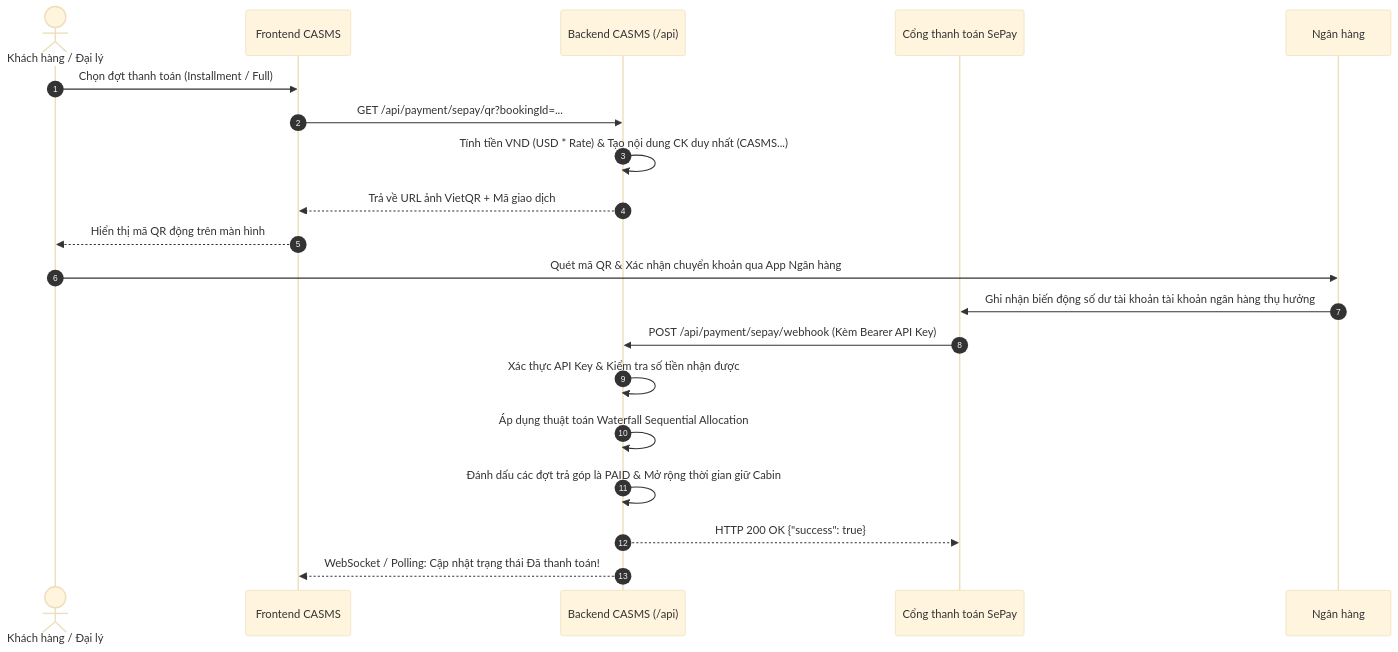
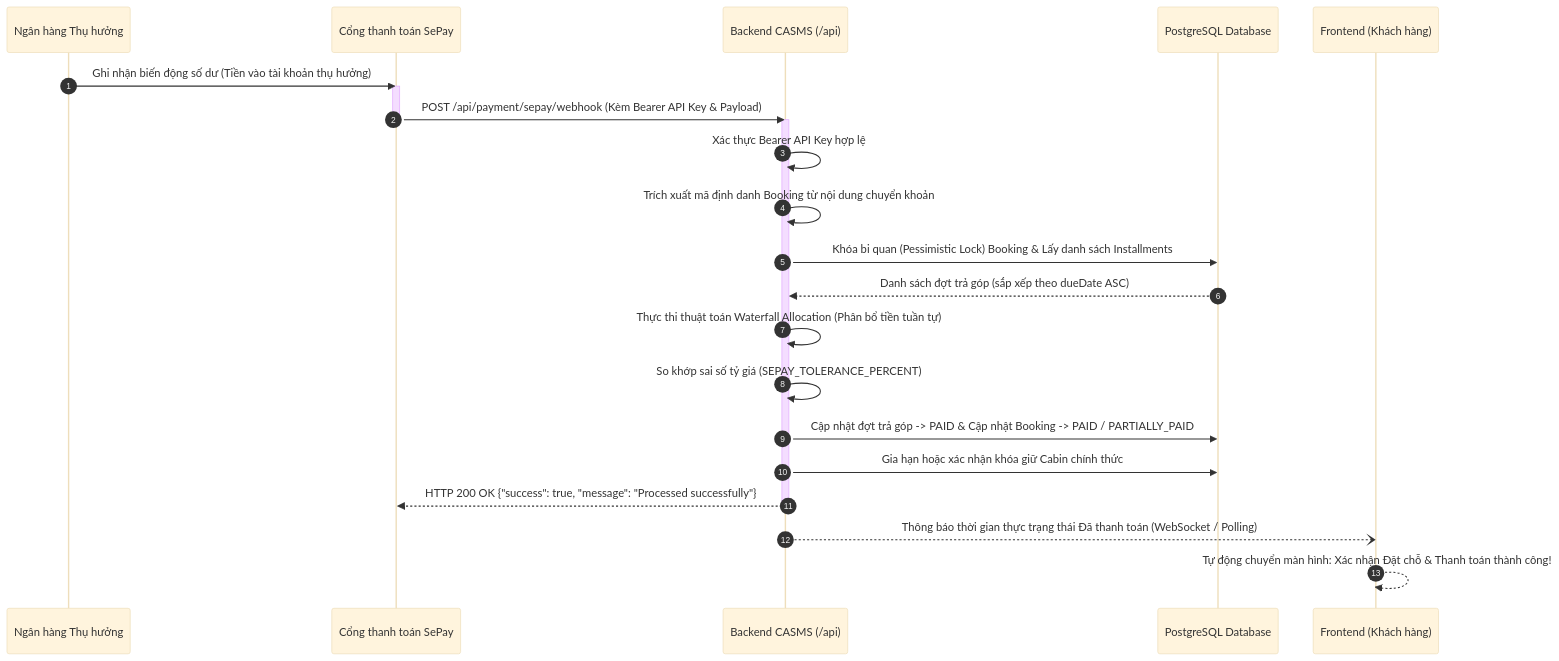
One commit to ShiroSs00/CASMS_Backend changed the third of 5 diagrams in README.md. Above: the diagram before and after it, drawn with Mermaid (base theme). The commit also changed other lines of this file, not shown here.

Commit message:
docs: split payment sequence diagram into client QR flow and asynchronous webhook settlement, add booking hold sequence diagram

````diff
--- a/README.md
+++ b/README.md
@@ -205,23 +233,27 @@
 ```mermaid
 sequenceDiagram
     autonumber
-    actor Guest as Khách hàng / Đại lý
-    participant FE as Frontend CASMS
+    participant Bank as Ngân hàng Thụ hưởng
+    participant Gateway as Cổng thanh toán SePay
     participant BE as Backend CASMS (/api)
-    participant SePay as Cổng thanh toán SePay
-    participant MB as Ngân hàng
+    participant DB as PostgreSQL Database
+    participant FE as Frontend (Khách hàng)
 
-    Guest->>FE: Chọn đợt thanh toán (Installment / Full)
-    FE->>BE: GET /api/payment/sepay/qr?bookingId=...
-    BE->>BE: Tính tiền VND (USD * Rate) & Tạo nội dung CK duy nhất (CASMS...)
-    BE-->>FE: Trả về URL ảnh VietQR + Mã giao dịch
-    FE-->>Guest: Hiển thị mã QR động trên màn hình
-    Guest->>MB: Quét mã QR & Xác nhận chuyển khoản qua App Ngân hàng
-    MB->>SePay: Ghi nhận biến động số dư tài khoản tài khoản ngân hàng thụ hưởng
-    SePay->>BE: POST /api/payment/sepay/webhook (Kèm Bearer API Key)
-    BE->>BE: Xác thực API Key & Kiểm tra số tiền nhận được
-    BE->>BE: Áp dụng thuật toán Waterfall Sequential Allocation
-    BE->>BE: Đánh dấu các đợt trả góp là PAID & Mở rộng thời gian giữ Cabin
-    BE-->>SePay: HTTP 200 OK {"success": true}
-    BE-->>FE: WebSocket / Polling: Cập nhật trạng thái Đã thanh toán!
+    Bank->>Gateway: Ghi nhận biến động số dư (Tiền vào tài khoản thụ hưởng)
+    activate Gateway
+    Gateway->>BE: POST /api/payment/sepay/webhook (Kèm Bearer API Key & Payload)
+    deactivate Gateway
+    activate BE
+    BE->>BE: Xác thực Bearer API Key hợp lệ
+    BE->>BE: Trích xuất mã định danh Booking từ nội dung chuyển khoản
+    BE->>DB: Khóa bi quan (Pessimistic Lock) Booking & Lấy danh sách Installments
+    DB-->>BE: Danh sách đợt trả góp (sắp xếp theo dueDate ASC)
+    BE->>BE: Thực thi thuật toán Waterfall Allocation (Phân bổ tiền tuần tự)
+    BE->>BE: So khớp sai số tỷ giá (SEPAY_TOLERANCE_PERCENT)
+    BE->>DB: Cập nhật đợt trả góp -> PAID & Cập nhật Booking -> PAID / PARTIALLY_PAID
+    BE->>DB: Gia hạn hoặc xác nhận khóa giữ Cabin chính thức
+    BE-->>Gateway: HTTP 200 OK {"success": true, "message": "Processed successfully"}
+    deactivate BE
+    BE--)FE: Thông báo thời gian thực trạng thái Đã thanh toán (WebSocket / Polling)
+    FE-->>FE: Tự động chuyển màn hình: Xác nhận Đặt chỗ & Thanh toán thành công!
 ```
````
